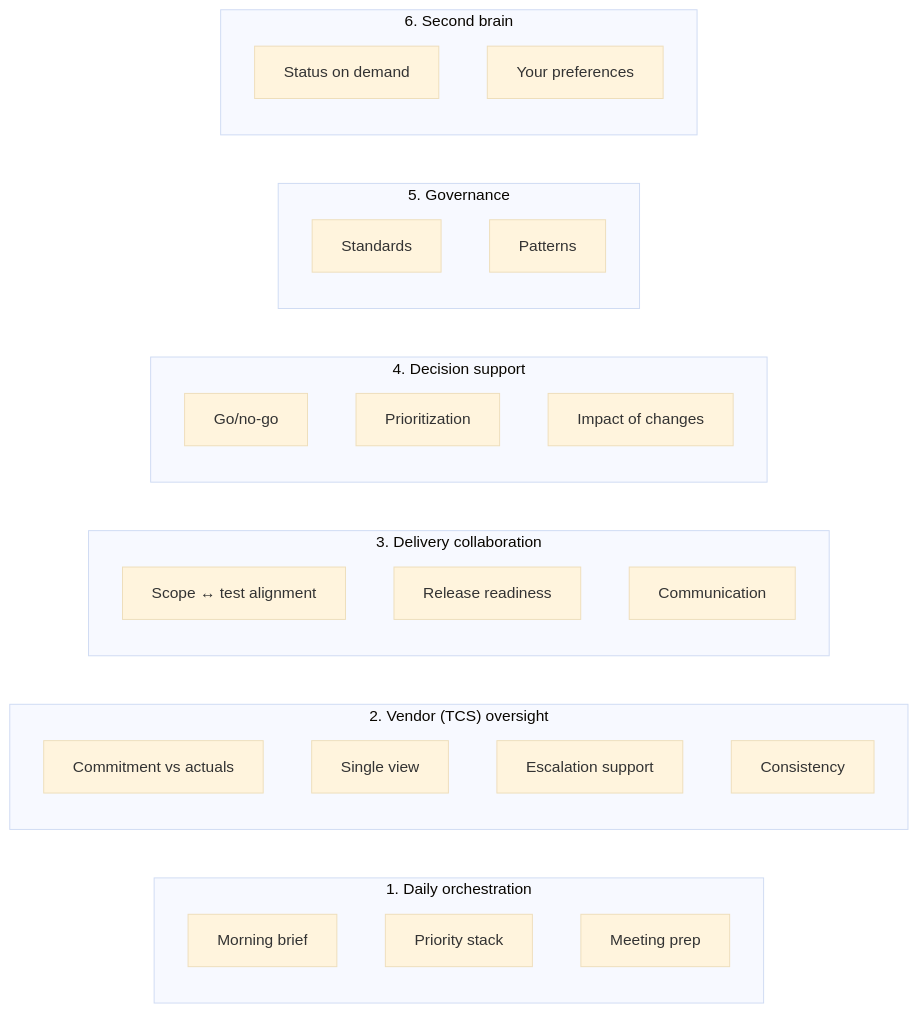
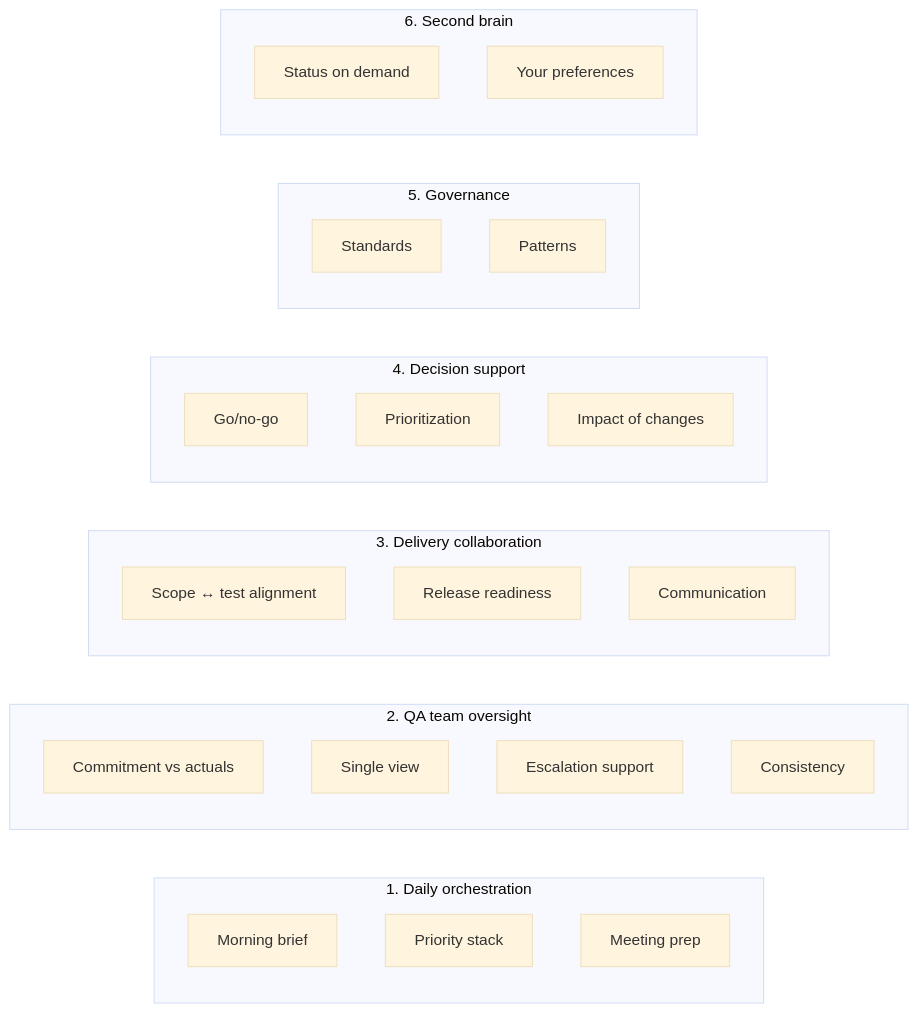
The second of 3 diagrams in docs/DIAGRAM-capabilities.md (ElaMCB/Hyper-Agent), drawn with Mermaid (base theme) before and after one commit. The commit also changed other lines of this file and 6 other files, not shown here.

First line of the commit message:
Replace vendor (TCS) oversight with QA team oversight across docs and code

````diff
--- a/docs/DIAGRAM-capabilities.md
+++ b/docs/DIAGRAM-capabilities.md
@@ -73,37 +73,37 @@
 ```mermaid
 flowchart LR
     subgraph "1. Daily orchestration"
         A1[Morning brief]
         A2[Priority stack]
         A3[Meeting prep]
     end
 
-    subgraph "2. Vendor (TCS) oversight"
+    subgraph "2. QA team oversight"
         B1[Commitment vs actuals]
         B2[Single view]
         B3[Escalation support]
         B4[Consistency]
     end
 
     subgraph "3. Delivery collaboration"
         C1[Scope ↔ test alignment]
         C2[Release readiness]
         C3[Communication]
     end
 
     subgraph "4. Decision support"
         D1[Go/no-go]
         D2[Prioritization]
         D3[Impact of changes]
     end
 
     subgraph "5. Governance"
         E1[Standards]
         E2[Patterns]
     end
 
     subgraph "6. Second brain"
         F1[Status on demand]
         F2[Your preferences]
     end
 ```
````
